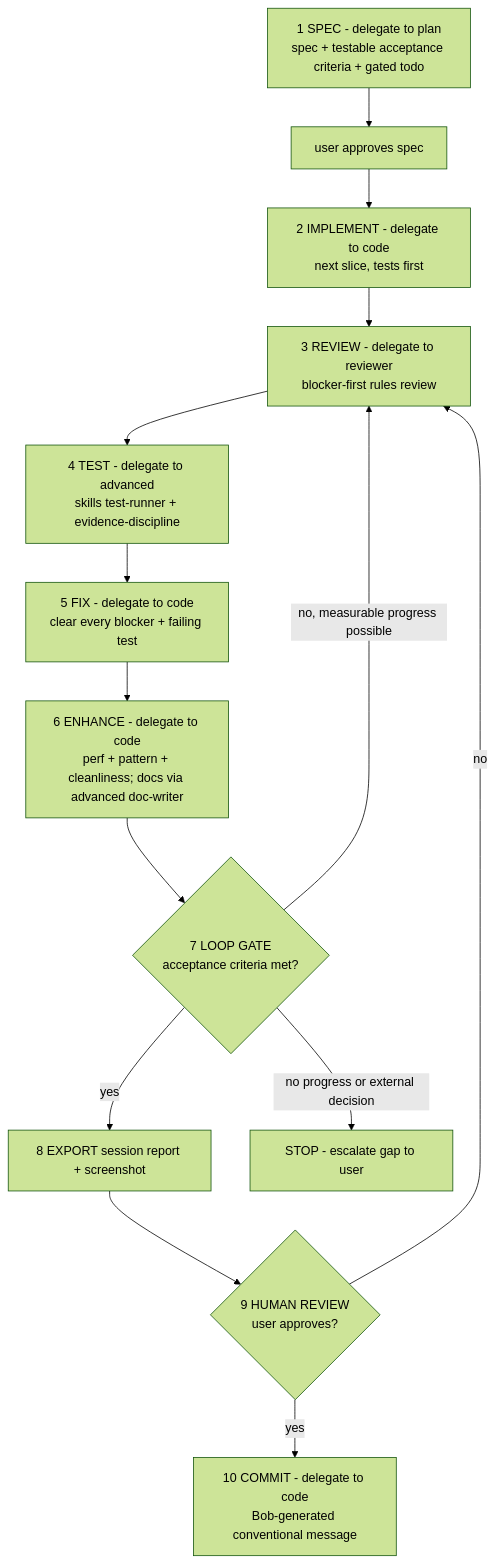
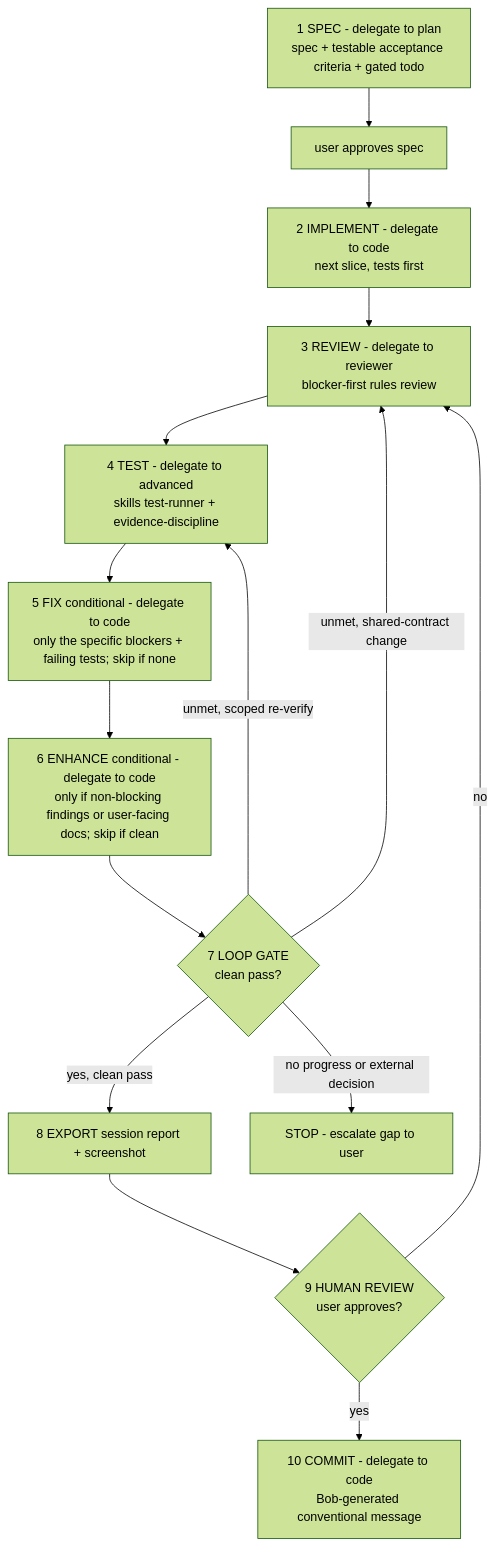
One commit to chirombokent/oss-preflight changed the diagram in docs/bob-build-guide.md. Above: the diagram before and after it, drawn with Mermaid (forest theme). The commit also changed other lines of this file and 22 other files, not shown here.

````diff
--- a/docs/bob-build-guide.md
+++ b/docs/bob-build-guide.md
@@ -141,20 +141,21 @@
 ```mermaid
 flowchart TD
     A[1 SPEC - delegate to plan<br/>spec + testable acceptance criteria + gated todo]
     B[user approves spec]
     C[2 IMPLEMENT - delegate to code<br/>next slice, tests first]
     D[3 REVIEW - delegate to reviewer<br/>blocker-first rules review]
     E[4 TEST - delegate to advanced<br/>skills test-runner + evidence-discipline]
-    F[5 FIX - delegate to code<br/>clear every blocker + failing test]
-    G[6 ENHANCE - delegate to code<br/>perf + pattern + cleanliness; docs via advanced doc-writer]
-    H{7 LOOP GATE<br/>acceptance criteria met?}
+    F[5 FIX conditional - delegate to code<br/>only the specific blockers + failing tests; skip if none]
+    G[6 ENHANCE conditional - delegate to code<br/>only if non-blocking findings or user-facing docs; skip if clean]
+    H{7 LOOP GATE<br/>clean pass?}
     I[8 EXPORT session report + screenshot]
     J{9 HUMAN REVIEW<br/>user approves?}
     K[10 COMMIT - delegate to code<br/>Bob-generated conventional message]
     A --> B --> C --> D --> E --> F --> G --> H
-    H -- no, measurable progress possible --> D
+    H -- yes, clean pass --> I --> J
+    H -- unmet, scoped re-verify --> E
+    H -- unmet, shared-contract change --> D
     H -- no progress or external decision --> Esc[STOP - escalate gap to user]
-    H -- yes --> I --> J
     J -- no --> D
     J -- yes --> K
 ```
````
